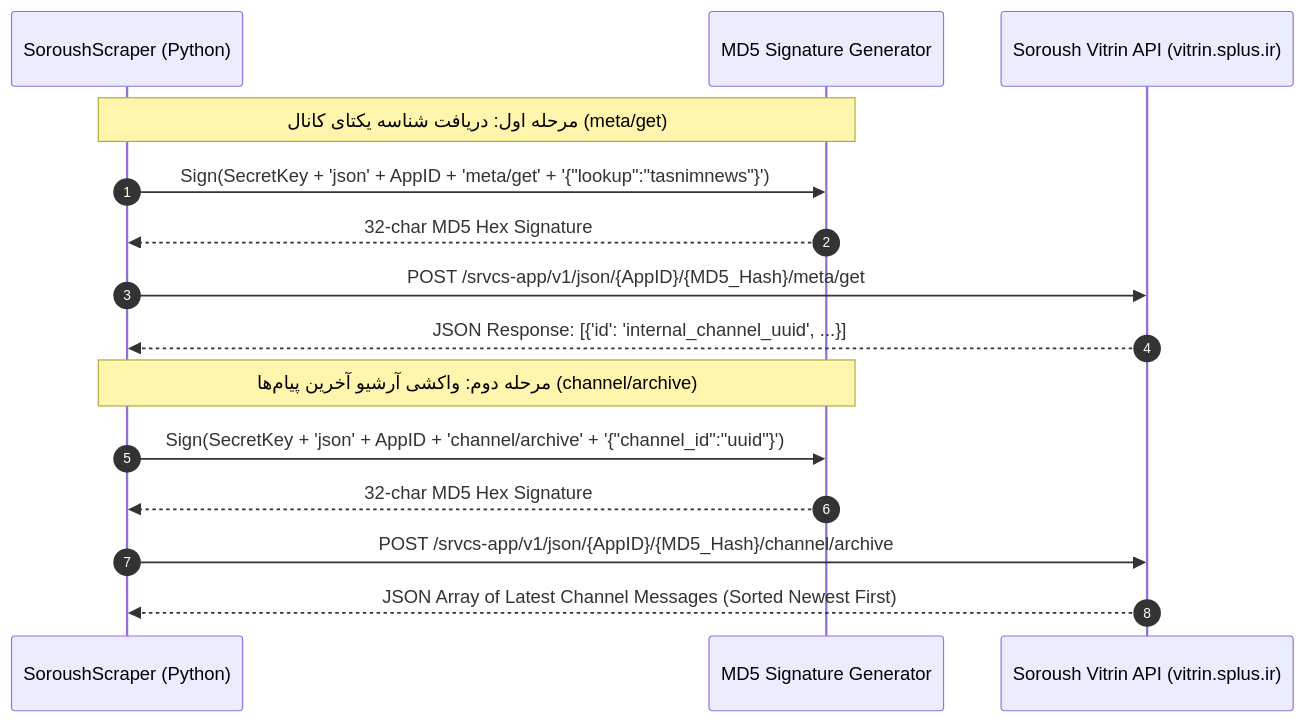
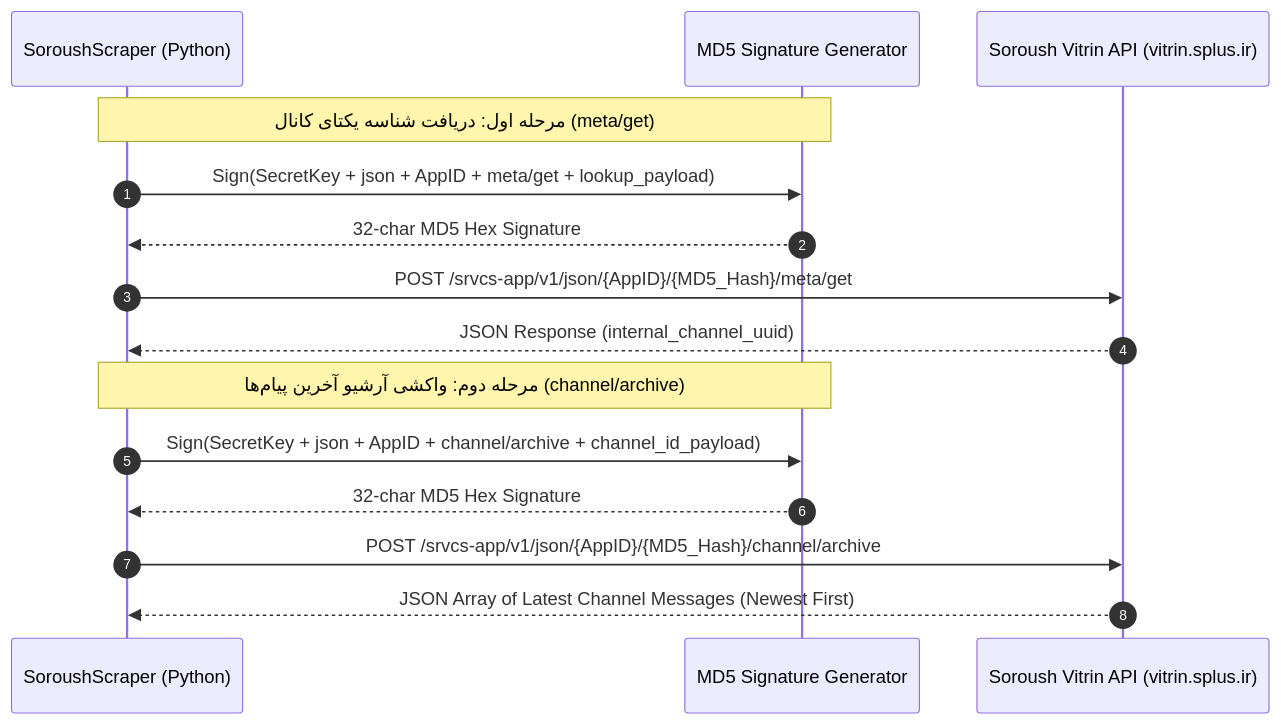
The second of 2 diagrams in README.md (KianShojaei/persian-news-similarity-engine), drawn with Mermaid before and after one commit. The commit also changed other lines of this file, not shown here.

Commit message:
fix(docs): fix Mermaid diagram syntax and Video path in README

````diff
--- a/README.md
+++ b/README.md
@@ -74,19 +69,19 @@
 ```mermaid
 sequenceDiagram
     autonumber
     participant App as SoroushScraper (Python)
     participant Hash as MD5 Signature Generator
     participant API as Soroush Vitrin API (vitrin.splus.ir)
 
     Note over App,Hash: مرحله اول: دریافت شناسه یکتای کانال (meta/get)
-    App->>Hash: Sign(SecretKey + 'json' + AppID + 'meta/get' + '{"lookup":"tasnimnews"}')
+    App->>Hash: Sign(SecretKey + json + AppID + meta/get + lookup_payload)
     Hash-->>App: 32-char MD5 Hex Signature
     App->>API: POST /srvcs-app/v1/json/{AppID}/{MD5_Hash}/meta/get
-    API-->>App: JSON Response: [{'id': 'internal_channel_uuid', ...}]
+    API-->>App: JSON Response (internal_channel_uuid)
 
     Note over App,Hash: مرحله دوم: واکشی آرشیو آخرین پیام‌ها (channel/archive)
-    App->>Hash: Sign(SecretKey + 'json' + AppID + 'channel/archive' + '{"channel_id":"uuid"}')
+    App->>Hash: Sign(SecretKey + json + AppID + channel/archive + channel_id_payload)
     Hash-->>App: 32-char MD5 Hex Signature
     App->>API: POST /srvcs-app/v1/json/{AppID}/{MD5_Hash}/channel/archive
-    API-->>App: JSON Array of Latest Channel Messages (Sorted Newest First)
+    API-->>App: JSON Array of Latest Channel Messages (Newest First)
 ```
````
